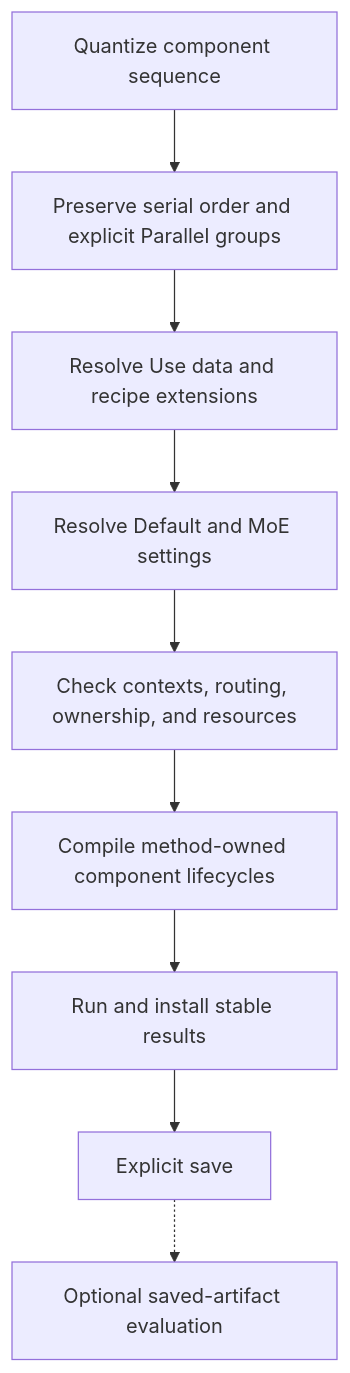
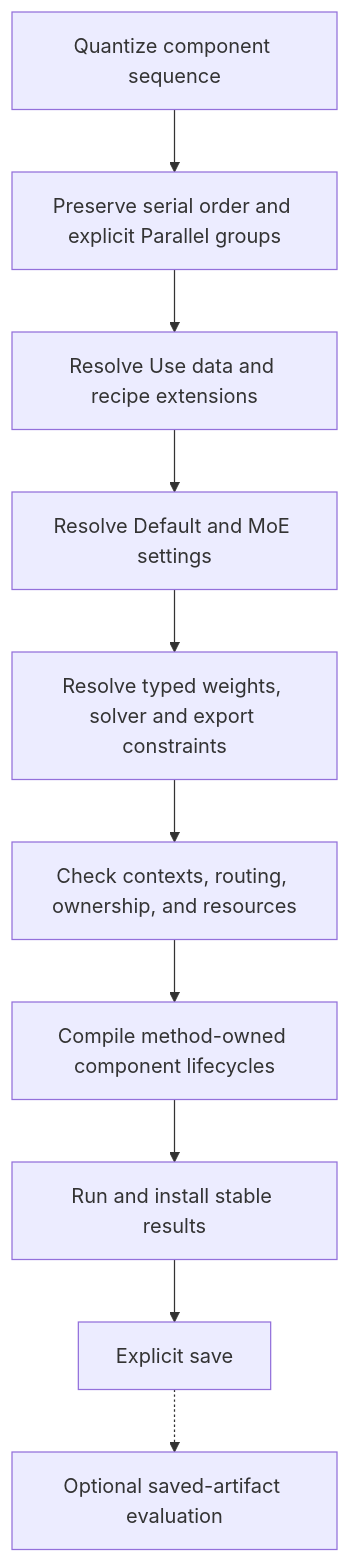
Before and after one commit to ModelCloud/GPTQModel: the diagram in docs/quantization-composer-api.md, drawn with Mermaid. The commit also changed other lines of this file and 8 other files, not shown here.

````diff
--- a/docs/quantization-composer-api.md
+++ b/docs/quantization-composer-api.md
@@ -252,11 +273,12 @@
 ```mermaid
 flowchart TD
     Q[Quantize component sequence] --> O[Preserve serial order and explicit Parallel groups]
     O --> D[Resolve Use data and recipe extensions]
     D --> C[Resolve Default and MoE settings]
-    C --> V[Check contexts, routing, ownership, and resources]
+    C --> F[Resolve typed weights, solver and export constraints]
+    F --> V[Check contexts, routing, ownership, and resources]
     V --> L[Compile method-owned component lifecycles]
     L --> R[Run and install stable results]
     R --> S[Explicit save]
     S -.-> E[Optional saved-artifact evaluation]
 ```
````
